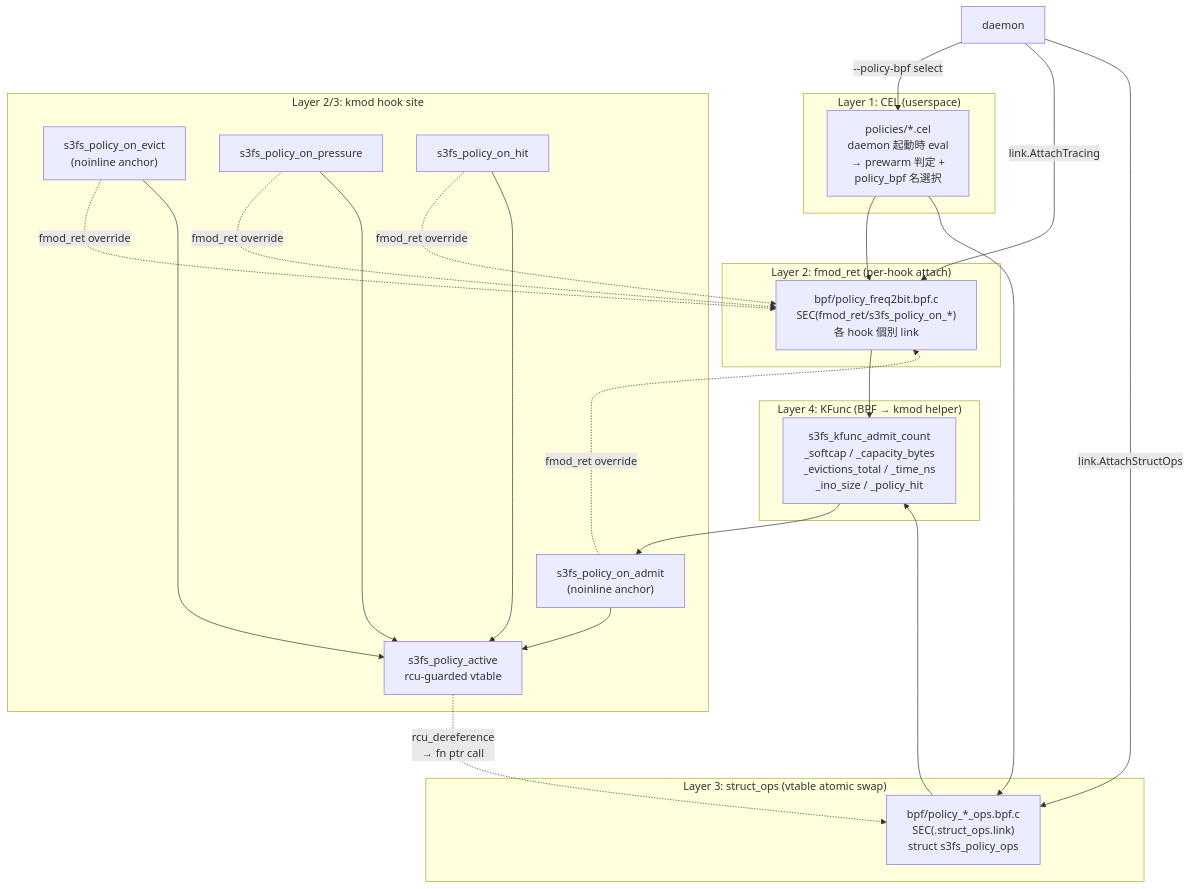
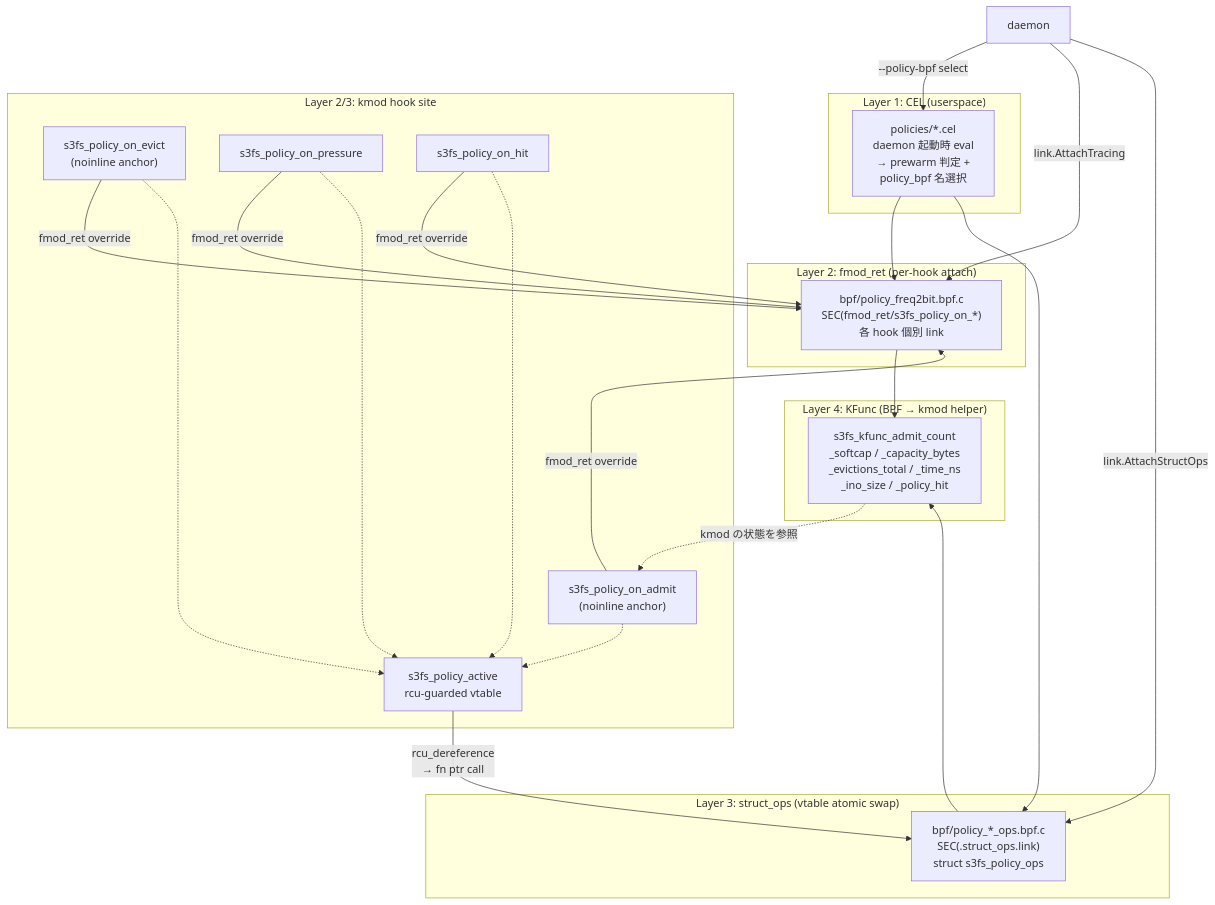
Before and after one commit to masu-mi/s3fs-ebpf: the fourth of 5 diagrams in docs/design/component-communication.md, drawn with Mermaid. The commit also changed other lines of this file, not shown here.

Commit message:
docs: separate event/data, call and reference arrows in component-communication diagrams

````diff
--- a/docs/design/component-communication.md
+++ b/docs/design/component-communication.md
@@ -282,44 +286,44 @@
 ```mermaid
 flowchart TB
     subgraph L1["Layer 1: CEL (userspace)"]
       CEL["policies/*.cel<br/>daemon 起動時 eval<br/>→ prewarm 判定 +<br/>policy_bpf 名選択"]
     end
 
     subgraph K["Layer 2/3: kmod hook site"]
       Anchor1["s3fs_policy_on_admit<br/>(noinline anchor)"]
       Anchor2["s3fs_policy_on_evict<br/>(noinline anchor)"]
       Anchor3["s3fs_policy_on_pressure"]
       Anchor4["s3fs_policy_on_hit"]
       Vtable["s3fs_policy_active<br/>rcu-guarded vtable"]
     end
 
     subgraph L2["Layer 2: fmod_ret (per-hook attach)"]
       FMR["bpf/policy_freq2bit.bpf.c<br/>SEC(fmod_ret/s3fs_policy_on_*)<br/>各 hook 個別 link"]
     end
 
     subgraph L3["Layer 3: struct_ops (vtable atomic swap)"]
       SO["bpf/policy_*_ops.bpf.c<br/>SEC(.struct_ops.link)<br/>struct s3fs_policy_ops"]
     end
 
     subgraph L4["Layer 4: KFunc (BPF → kmod helper)"]
       KF["s3fs_kfunc_admit_count<br/>_softcap / _capacity_bytes<br/>_evictions_total / _time_ns<br/>_ino_size / _policy_hit"]
     end
 
     Daemon["daemon"] -->|"--policy-bpf select"| CEL
     CEL --> FMR
     CEL --> SO
     Daemon -->|"link.AttachTracing"| FMR
     Daemon -->|"link.AttachStructOps"| SO
-    Anchor1 -.->|"fmod_ret override"| FMR
-    Anchor2 -.->|"fmod_ret override"| FMR
-    Anchor3 -.->|"fmod_ret override"| FMR
-    Anchor4 -.->|"fmod_ret override"| FMR
-    Anchor1 --> Vtable
-    Anchor2 --> Vtable
-    Anchor3 --> Vtable
-    Anchor4 --> Vtable
-    Vtable -.->|"rcu_dereference<br/>→ fn ptr call"| SO
+    Anchor1 -->|"fmod_ret override"| FMR
+    Anchor2 -->|"fmod_ret override"| FMR
+    Anchor3 -->|"fmod_ret override"| FMR
+    Anchor4 -->|"fmod_ret override"| FMR
+    Anchor1 -.-> Vtable
+    Anchor2 -.-> Vtable
+    Anchor3 -.-> Vtable
+    Anchor4 -.-> Vtable
+    Vtable -->|"rcu_dereference<br/>→ fn ptr call"| SO
     SO --> KF
     FMR --> KF
-    KF --> Anchor1
+    KF -.->|"kmod の状態を参照"| Anchor1
 ```
````
